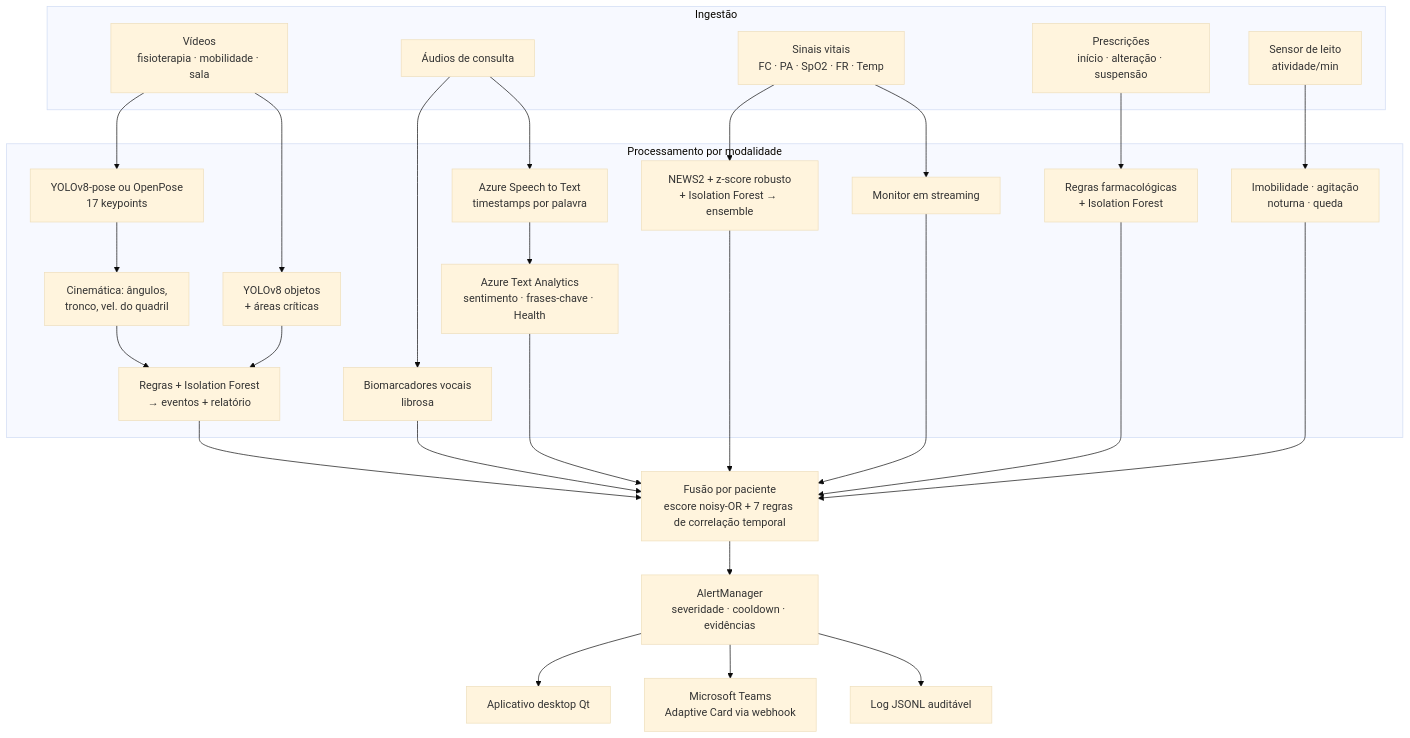
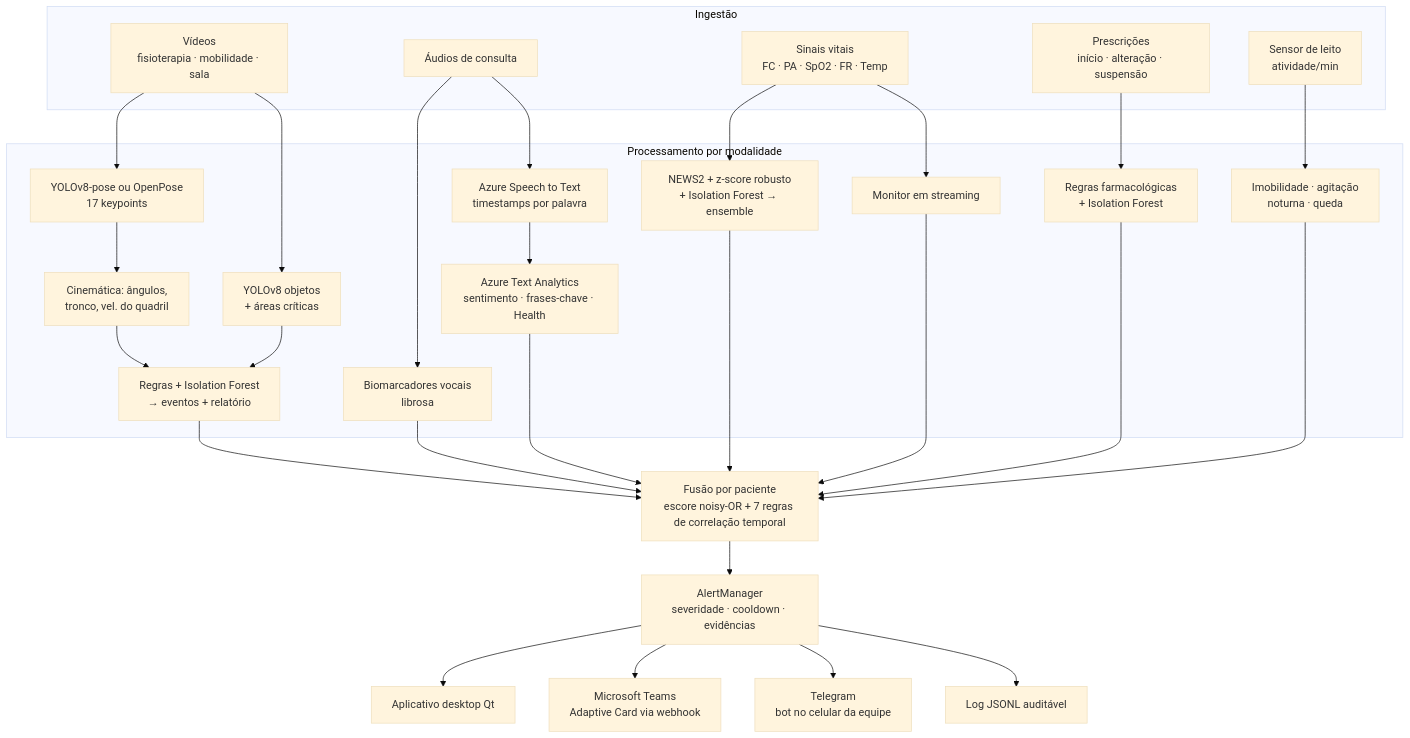
One commit to FIAP94-9IADT/tech_challenge_4 changed the diagram in tech-challenge-fase4/docs/RELATORIO_TECNICO.md. Above: the diagram before and after it, drawn with Mermaid (base theme). The commit also changed other lines of this file and 12 other files, not shown here.

````diff
--- a/tech-challenge-fase4/docs/RELATORIO_TECNICO.md
+++ b/tech-challenge-fase4/docs/RELATORIO_TECNICO.md
@@ -37,26 +37,27 @@
 ```mermaid
 flowchart TB
   subgraph Ingestão
     V[Vídeos<br/>fisioterapia · mobilidade · sala]
     A[Áudios de consulta]
     S[Sinais vitais<br/>FC · PA · SpO2 · FR · Temp]
     R[Prescrições<br/>início · alteração · suspensão]
     M[Sensor de leito<br/>atividade/min]
   end
   subgraph "Processamento por modalidade"
     V --> V1[YOLOv8-pose ou OpenPose<br/>17 keypoints] --> V2[Cinemática: ângulos,<br/>tronco, vel. do quadril]
     V --> V3[YOLOv8 objetos<br/>+ áreas críticas]
     V2 & V3 --> V4[Regras + Isolation Forest<br/>→ eventos + relatório]
     A --> A1[Biomarcadores vocais<br/>librosa]
     A --> A2[Azure Speech to Text<br/>timestamps por palavra] --> A3[Azure Text Analytics<br/>sentimento · frases-chave · Health]
     S --> S1[NEWS2 + z-score robusto<br/>+ Isolation Forest → ensemble]
     S --> S2[Monitor em streaming]
     R --> R1[Regras farmacológicas<br/>+ Isolation Forest]
     M --> M1[Imobilidade · agitação<br/>noturna · queda]
   end
   V4 & A1 & A3 & S1 & S2 & R1 & M1 --> F[Fusão por paciente<br/>escore noisy-OR + 7 regras de correlação temporal]
   F --> AM[AlertManager<br/>severidade · cooldown · evidências]
   AM --> C1[Aplicativo desktop Qt]
   AM --> C2[Microsoft Teams<br/>Adaptive Card via webhook]
+  AM --> C4[Telegram<br/>bot no celular da equipe]
   AM --> C3[Log JSONL auditável]
 ```
````
